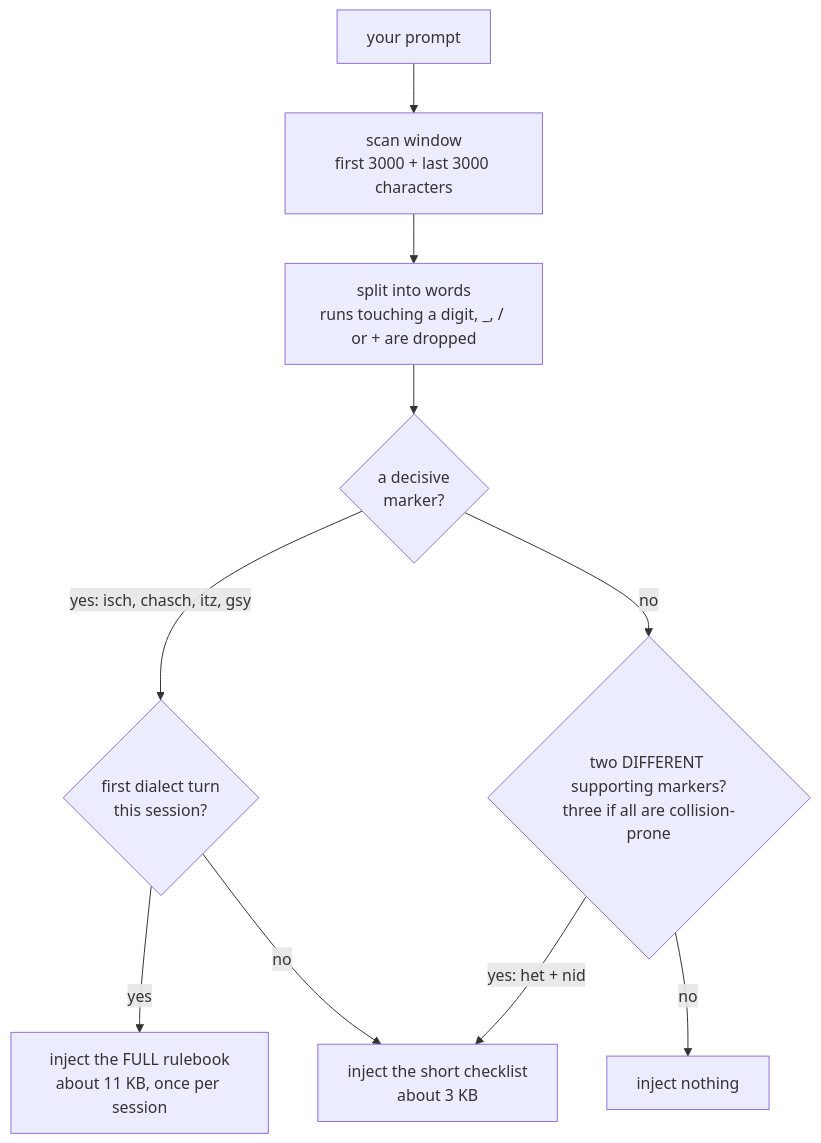
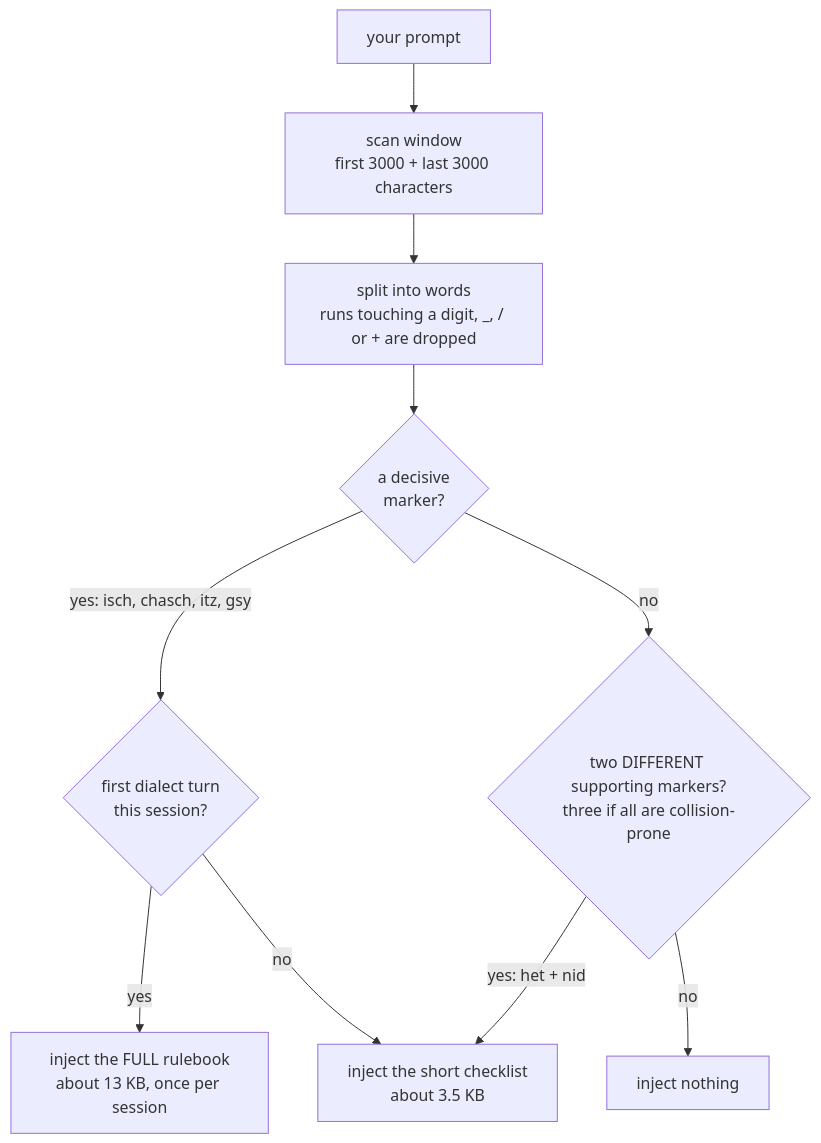
One commit to sapn95/berndeutsch-for-ai changed the third of 3 diagrams in README.md. Above: the diagram before and after it, drawn with Mermaid. The commit also changed other lines of this file and 6 other files, not shown here.

````diff
--- a/README.md
+++ b/README.md
@@ -293,12 +293,12 @@
 ```mermaid
 flowchart TD
     P["your prompt"] --> W["scan window<br/>first 3000 + last 3000 characters"]
     W --> T["split into words<br/>runs touching a digit, _, / or + are dropped"]
     T --> D{"a decisive<br/>marker?"}
     D -->|"yes: isch, chasch, itz, gsy"| B{"first dialect turn<br/>this session?"}
-    B -->|yes| FULL["inject the FULL rulebook<br/>about 11 KB, once per session"]
-    B -->|no| CL["inject the short checklist<br/>about 3 KB"]
+    B -->|yes| FULL["inject the FULL rulebook<br/>about 13 KB, once per session"]
+    B -->|no| CL["inject the short checklist<br/>about 3.5 KB"]
     D -->|no| S{"two DIFFERENT supporting markers?<br/>three if all are collision-prone"}
     S -->|"yes: het + nid"| CL
     S -->|no| N["inject nothing"]
 ```
````
